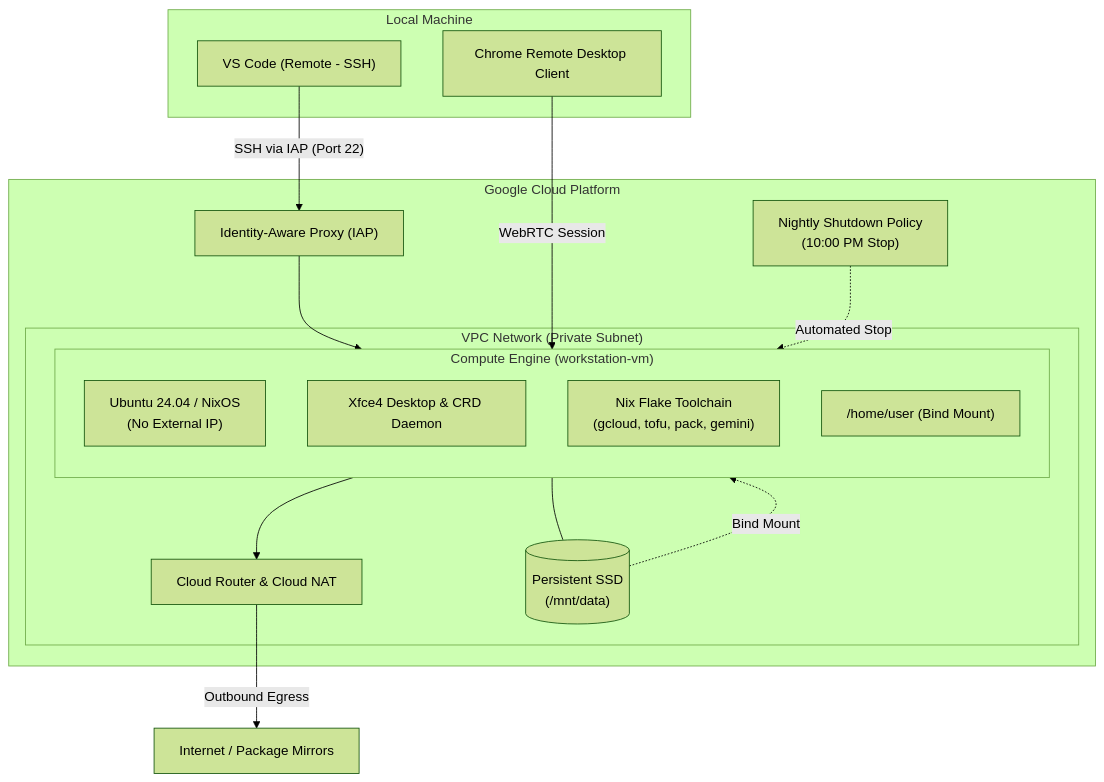
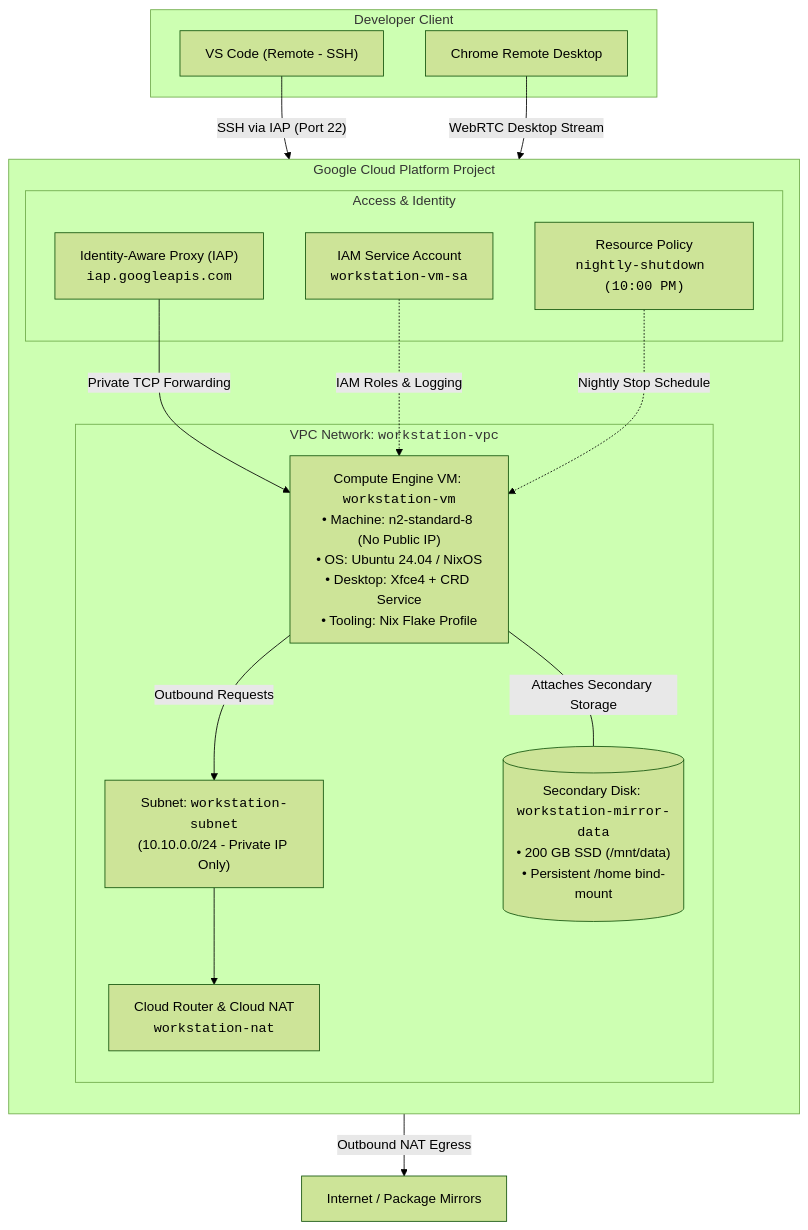
One commit to alanblythe/gcp-workstation changed the diagram in README.md. Above: the diagram before and after it, drawn with Mermaid (forest theme).

Commit message:
docs: clarify GCP resources and compute VM in architecture diagram

````diff
--- a/README.md
+++ b/README.md
@@ -29,37 +29,42 @@
 ```mermaid
 flowchart TB
-    subgraph Client["Local Machine"]
+    subgraph CLIENT["Developer Client"]
         VSCode["VS Code (Remote - SSH)"]
-        Browser["Chrome Remote Desktop Client"]
+        Browser["Chrome Remote Desktop"]
     end
 
-    subgraph GCP["Google Cloud Platform"]
-        IAP["Identity-Aware Proxy (IAP)"]
+    subgraph GCP["Google Cloud Platform Project"]
+        direction TB
 
-        subgraph VPC["VPC Network (Private Subnet)"]
-            subgraph VM["Compute Engine (workstation-vm)"]
-                direction TB
-                OS["Ubuntu 24.04 / NixOS<br/>(No External IP)"]
-                GUI["Xfce4 Desktop &amp; CRD Daemon"]
-                Nix["Nix Flake Toolchain<br/>(gcloud, tofu, pack, gemini)"]
-                Home["/home/user (Bind Mount)"]
-            end
-
-            NAT["Cloud Router &amp; Cloud NAT"]
-            DataDisk[("Persistent SSD<br/>(/mnt/data)")]
+        subgraph SECURITY["Access & Identity"]
+            IAP["Identity-Aware Proxy (IAP)<br/><code>iap.googleapis.com</code>"]
+            SA["IAM Service Account<br/><code>workstation-vm-sa</code>"]
+            POLICY["Resource Policy<br/><code>nightly-shutdown (10:00 PM)</code>"]
         end
 
-        Shutdown["Nightly Shutdown Policy<br/>(10:00 PM Stop)"]
+        subgraph VPC["VPC Network: <code>workstation-vpc</code>"]
+            SUBNET["Subnet: <code>workstation-subnet</code><br/>(10.10.0.0/24 - Private IP Only)"]
+
+            VM["Compute Engine VM: <code>workstation-vm</code><br/>• Machine: n2-standard-8 (No Public IP)<br/>• OS: Ubuntu 24.04 / NixOS<br/>• Desktop: Xfce4 + CRD Service<br/>• Tooling: Nix Flake Profile"]
+
+            DISK[("Secondary Disk: <code>workstation-mirror-data</code><br/>• 200 GB SSD (/mnt/data)<br/>• Persistent /home bind-mount")]
+
+            NAT["Cloud Router & Cloud NAT<br/><code>workstation-nat</code>"]
+        end
     end
 
-    Internet["Internet / Package Mirrors"]
+    INTERNET["Internet / Package Mirrors"]
 
+    %% Traffic flows
     VSCode -->|"SSH via IAP (Port 22)"| IAP
-    IAP --> OS
-    Browser -->|"WebRTC Session"| GUI
-    VM --- DataDisk
-    DataDisk -.->|"Bind Mount"| Home
-    OS --> NAT
-    NAT -->|"Outbound Egress"| Internet
-    Shutdown -.->|"Automated Stop"| VM
+    IAP -->|"Private TCP Forwarding"| VM
+    Browser -->|"WebRTC Desktop Stream"| VM
+
+    VM ---|"Attaches Secondary Storage"| DISK
+    SA -.->|"IAM Roles & Logging"| VM
+    POLICY -.->|"Nightly Stop Schedule"| VM
+
+    VM -->|"Outbound Requests"| SUBNET
+    SUBNET --> NAT
+    NAT -->|"Outbound NAT Egress"| INTERNET
 ```
````
